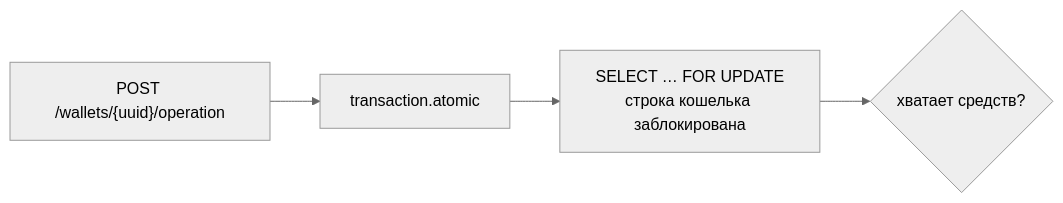
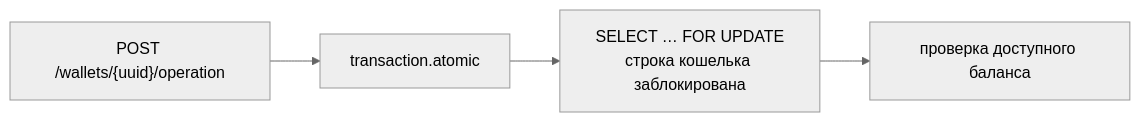
The first of 2 diagrams in README.md (SlavaKlkv/wallet), drawn with Mermaid (neutral theme) before and after one commit.

Commit message:
Clarify balance check in concurrency diagram

````diff
--- a/README.md
+++ b/README.md
@@ -17,6 +17,6 @@
 ```mermaid
 flowchart LR
   R["POST /wallets/{uuid}/operation"] --> T["transaction.atomic"]
   T --> L["SELECT … FOR UPDATE<br/>строка кошелька заблокирована"]
-  L --> V{"хватает средств?"}
+  L --> C["проверка доступного баланса"]
 ```
````
